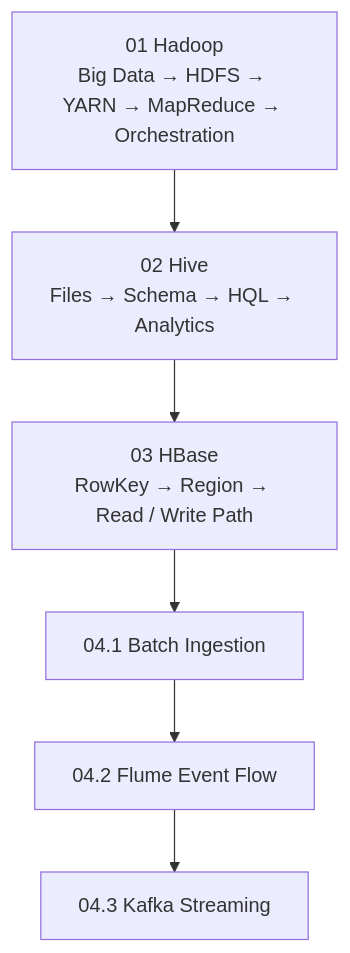
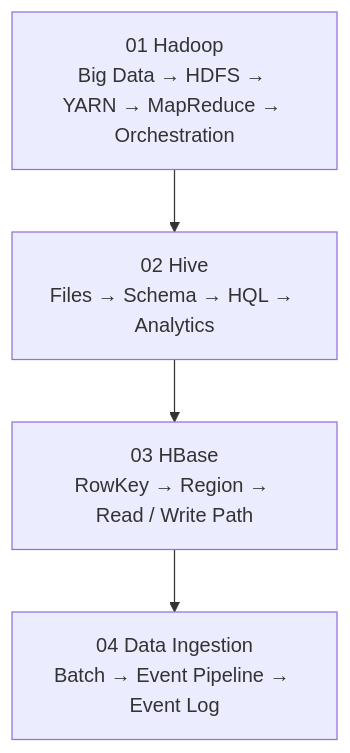
Before and after one commit to mdanmek/nida-dads-notes: the diagram in dads6002-big-data-analytics/summary/00_course_syllabus.md, drawn with Mermaid. The commit also changed other lines of this file, not shown here.

Commit message:
update DADS6002 syllabus index for data ingestion

````diff
--- a/dads6002-big-data-analytics/summary/00_course_syllabus.md
+++ b/dads6002-big-data-analytics/summary/00_course_syllabus.md
@@ -107,8 +103,6 @@
 ```mermaid
 flowchart TD
     A["01 Hadoop<br/>Big Data → HDFS → YARN → MapReduce → Orchestration"] --> G["02 Hive<br/>Files → Schema → HQL → Analytics"]
     G --> J["03 HBase<br/>RowKey → Region → Read / Write Path"]
-    J --> K["04.1 Batch Ingestion"]
-    K --> L["04.2 Flume Event Flow"]
-    L --> M["04.3 Kafka Streaming"]
+    J --> K["04 Data Ingestion<br/>Batch → Event Pipeline → Event Log"]
 ```
````
